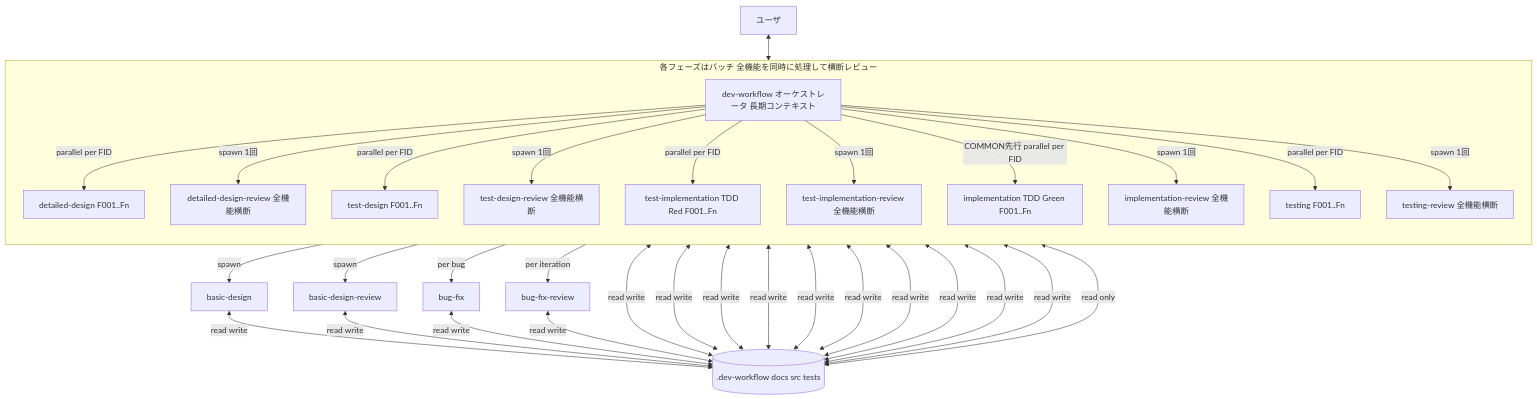
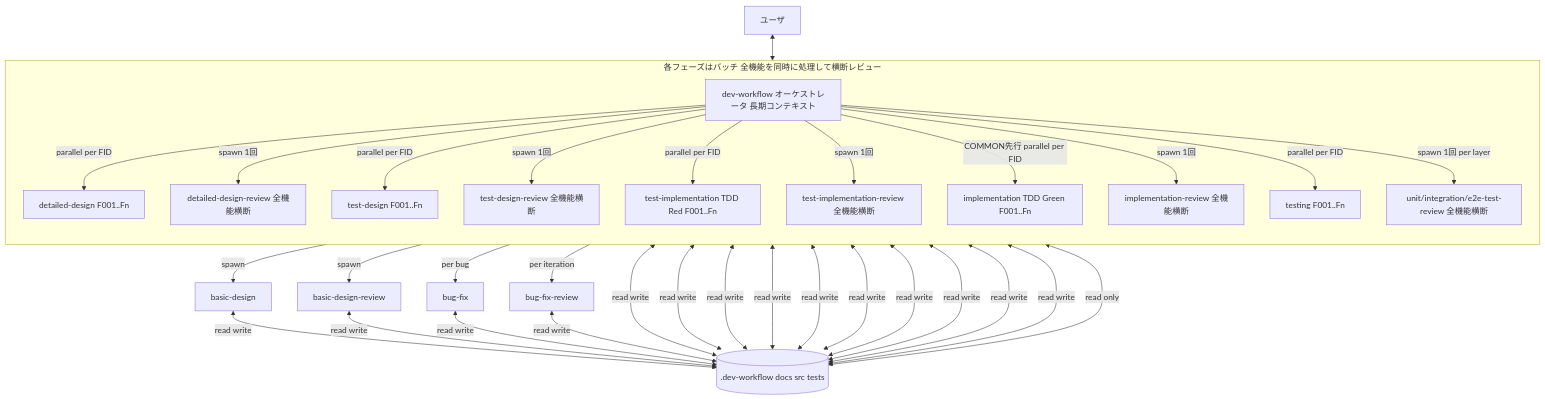
The first of 5 diagrams in skills/dev-workflow/SKILL.md (yamasuki-/software_dev_workflow), drawn with Mermaid before and after one commit. The commit also changed other lines of this file and 50 other files, not shown here.

````diff
--- a/skills/dev-workflow/SKILL.md
+++ b/skills/dev-workflow/SKILL.md
@@ -21,25 +21,25 @@
 ```mermaid
 flowchart TD
     User[ユーザ] <--> Orch[dev-workflow オーケストレータ 長期コンテキスト]
     Orch -->|spawn| BD[basic-design]
     Orch -->|spawn| BDR[basic-design-review]
 
     subgraph Batch [各フェーズはバッチ 全機能を同時に処理して横断レビュー]
       direction TB
       Orch -->|parallel per FID| DD[detailed-design F001..Fn]
       Orch -->|spawn 1回| DDR[detailed-design-review 全機能横断]
       Orch -->|parallel per FID| TD[test-design F001..Fn]
       Orch -->|spawn 1回| TDR[test-design-review 全機能横断]
       Orch -->|parallel per FID| TI[test-implementation TDD Red F001..Fn]
       Orch -->|spawn 1回| TIR[test-implementation-review 全機能横断]
       Orch -->|COMMON先行 parallel per FID| Impl[implementation TDD Green F001..Fn]
       Orch -->|spawn 1回| IR[implementation-review 全機能横断]
       Orch -->|parallel per FID| Test[testing F001..Fn]
-      Orch -->|spawn 1回| TR[testing-review 全機能横断]
+      Orch -->|spawn 1回 per layer| TR[unit/integration/e2e-test-review 全機能横断]
     end
 
     Orch -->|per bug| Bug[bug-fix]
     Orch -->|per iteration| BFR[bug-fix-review]
     BD & BDR & DD & DDR & TD & TDR & TI & TIR & Impl & IR & Test & TR & Bug & BFR <-->|read write| State[(.dev-workflow docs src tests)]
     Orch <-->|read only| State
 ```
````
